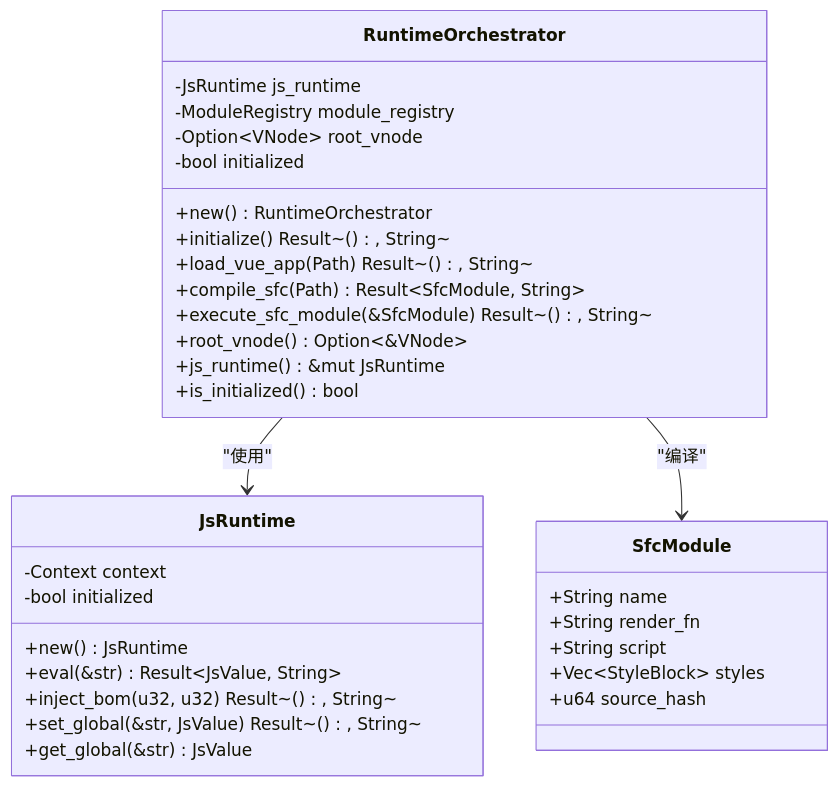
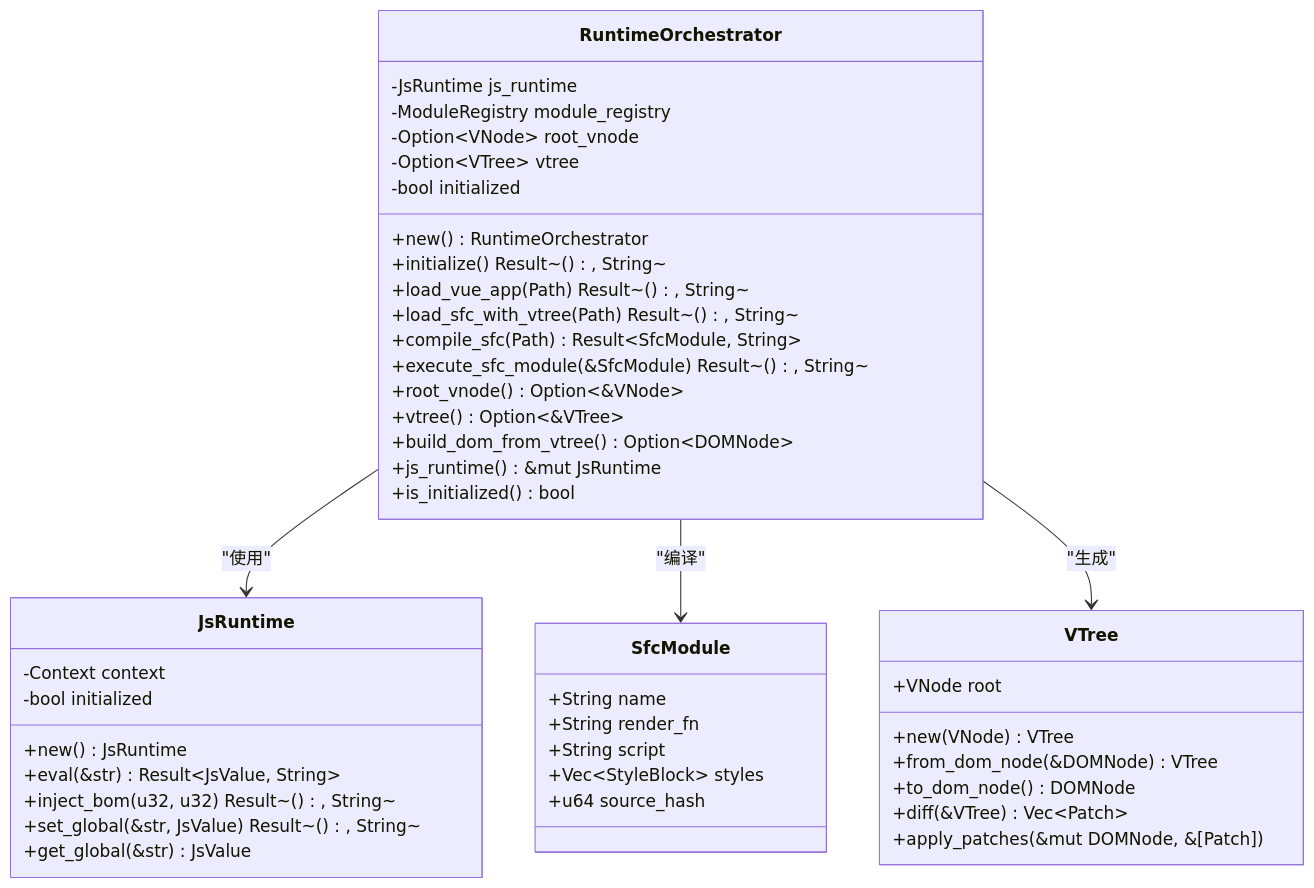
The second of 12 diagrams in .qoder/repowiki/zh/content/技术架构详解/整体架构设计/Iris运行时协调器.md (itszzl-sudo/iris), drawn with Mermaid before and after one commit. The commit also changed other lines of this file and 8 other files, not shown here.

````diff
--- a/.qoder/repowiki/zh/content/技术架构详解/整体架构设计/Iris运行时协调器.md
+++ b/.qoder/repowiki/zh/content/技术架构详解/整体架构设计/Iris运行时协调器.md
@@ -102,35 +108,48 @@
 ```mermaid
 classDiagram
 class RuntimeOrchestrator {
 -JsRuntime js_runtime
 -ModuleRegistry module_registry
 -Option~VNode~ root_vnode
+-Option~VTree~ vtree
 -bool initialized
 +new() RuntimeOrchestrator
 +initialize() Result~(), String~
 +load_vue_app(Path) Result~(), String~
++load_sfc_with_vtree(Path) Result~(), String~
 +compile_sfc(Path) Result~SfcModule, String~
 +execute_sfc_module(&SfcModule) Result~(), String~
 +root_vnode() Option~&VNode~
++vtree() Option~&VTree~
++build_dom_from_vtree() Option~DOMNode~
 +js_runtime() &mut JsRuntime
 +is_initialized() bool
 }
 class JsRuntime {
 -Context context
 -bool initialized
 +new() JsRuntime
 +eval(&str) Result~JsValue, String~
 +inject_bom(u32, u32) Result~(), String~
 +set_global(&str, JsValue) Result~(), String~
 +get_global(&str) JsValue
 }
 class SfcModule {
 +String name
 +String render_fn
 +String script
 +Vec~StyleBlock~ styles
 +u64 source_hash
 }
+class VTree {
++VNode root
++new(VNode) VTree
++from_dom_node(&DOMNode) VTree
++to_dom_node() DOMNode
++diff(&VTree) Vec~Patch~
++apply_patches(&mut DOMNode, &[Patch])
+}
 RuntimeOrchestrator --> JsRuntime : "使用"
 RuntimeOrchestrator --> SfcModule : "编译"
+RuntimeOrchestrator --> VTree : "生成"
 ```
````
